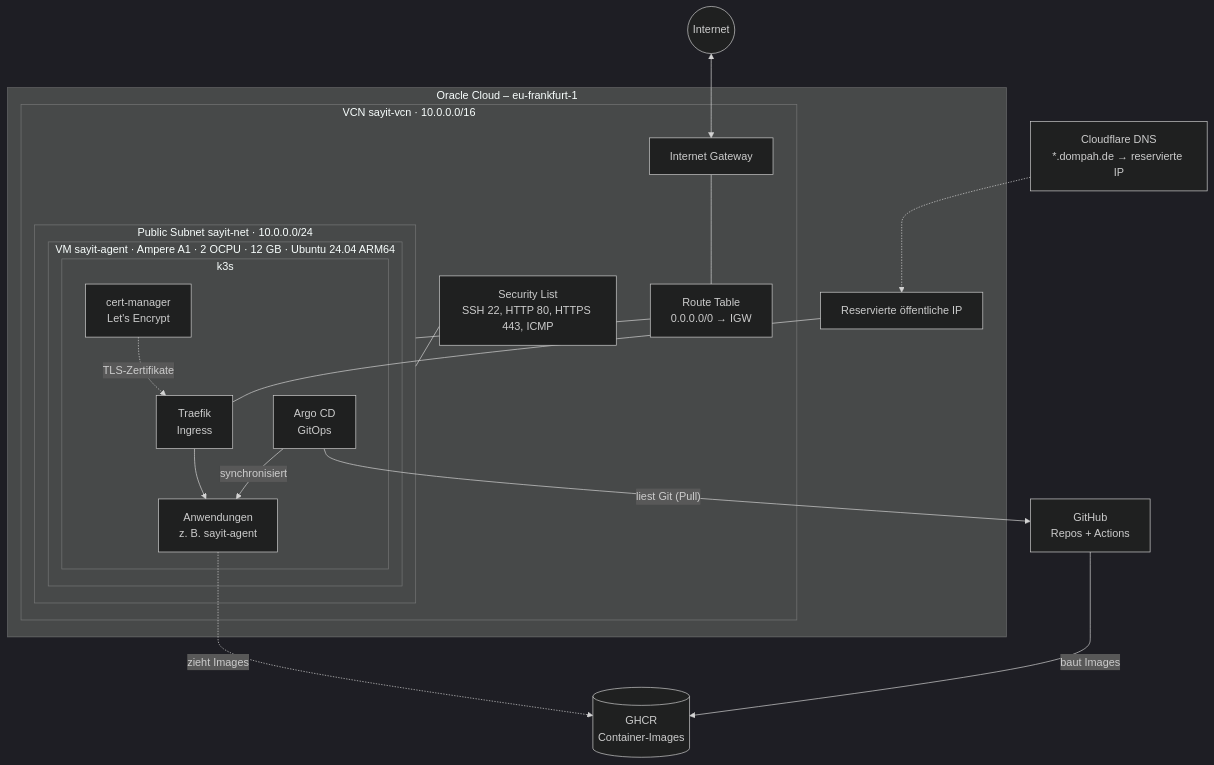
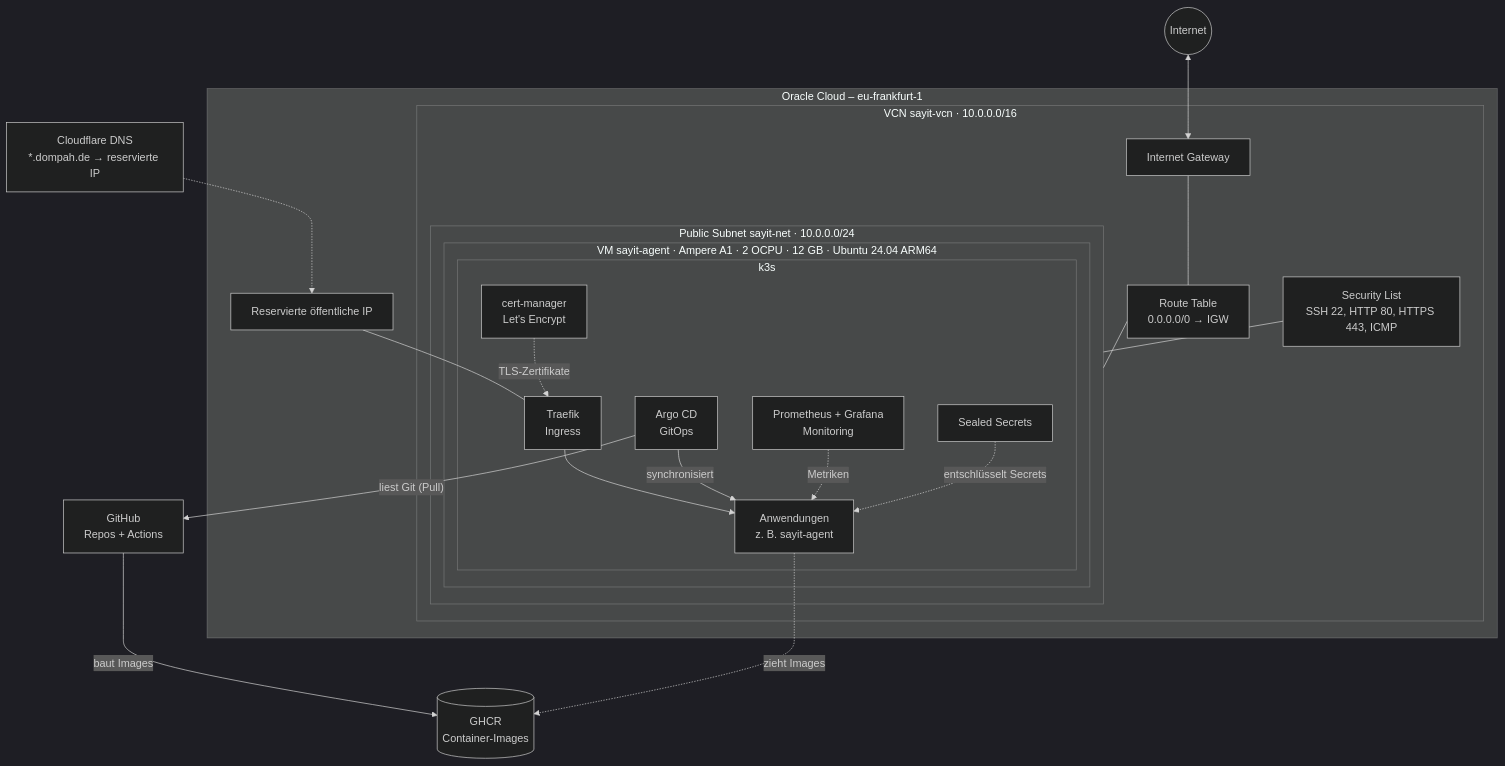
One commit to DomNicode/oracle-platform changed the first of 2 diagrams in README.md. Above: the diagram before and after it, drawn with Mermaid (dark theme). The commit also changed other lines of this file and 2 other files, not shown here.

Commit message:
Doku: Monitoring und Sealed Secrets

````diff
--- a/README.md
+++ b/README.md
@@ -12,41 +12,45 @@
 ```mermaid
 flowchart TB
     Internet((Internet))
 
     subgraph OCI["Oracle Cloud – eu-frankfurt-1"]
         subgraph VCN["VCN sayit-vcn · 10.0.0.0/16"]
             IGW[Internet Gateway]
             RT[Route Table<br/>0.0.0.0/0 → IGW]
             SL[Security List<br/>SSH 22, HTTP 80, HTTPS 443, ICMP]
 
             subgraph Subnet["Public Subnet sayit-net · 10.0.0.0/24"]
                 subgraph VM["VM sayit-agent · Ampere A1 · 2 OCPU · 12 GB · Ubuntu 24.04 ARM64"]
                     subgraph K3S["k3s"]
                         TR[Traefik<br/>Ingress]
                         CM[cert-manager<br/>Let's Encrypt]
                         ARGO[Argo CD<br/>GitOps]
+                        SS[Sealed Secrets]
+                        MON[Prometheus + Grafana<br/>Monitoring]
                         APPS[Anwendungen<br/>z. B. sayit-agent]
                     end
                 end
             end
         end
         IP[Reservierte öffentliche IP]
     end
 
     DNS["Cloudflare DNS<br/>*.dompah.de → reservierte IP"]
     GH["GitHub<br/>Repos + Actions"]
     GHCR[("GHCR<br/>Container-Images")]
 
     Internet <--> IGW
     DNS -.-> IP
     IGW --- RT
     RT --- Subnet
     SL --- Subnet
     IP --- TR
     TR --> APPS
     CM -. TLS-Zertifikate .-> TR
     GH -- "baut Images" --> GHCR
     ARGO -- "liest Git (Pull)" --> GH
     ARGO -- "synchronisiert" --> APPS
     APPS -. "zieht Images" .-> GHCR
+    MON -. "Metriken" .-> APPS
+    SS -. "entschlüsselt Secrets" .-> APPS
 ```
````
